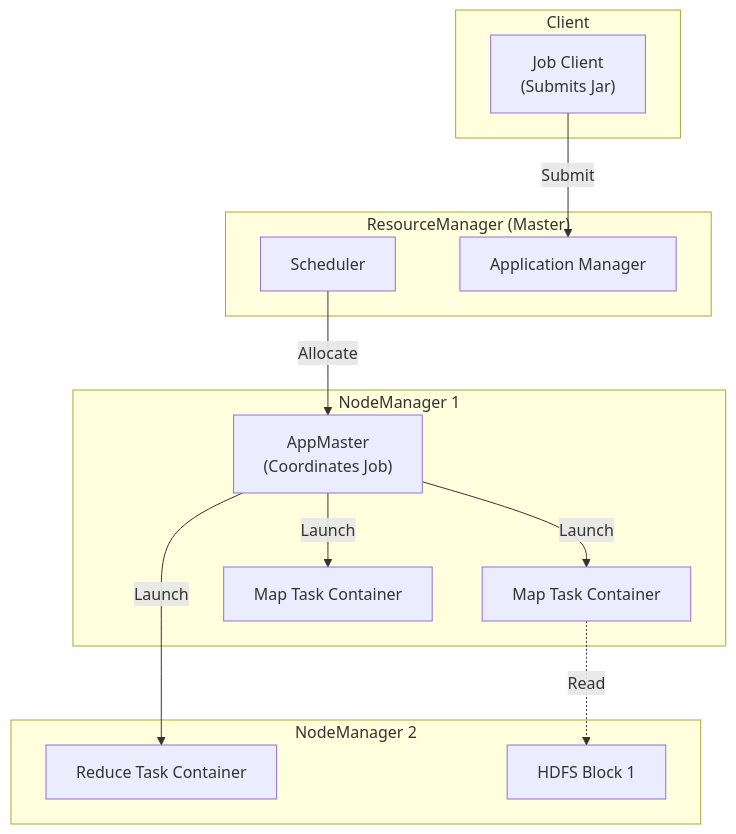
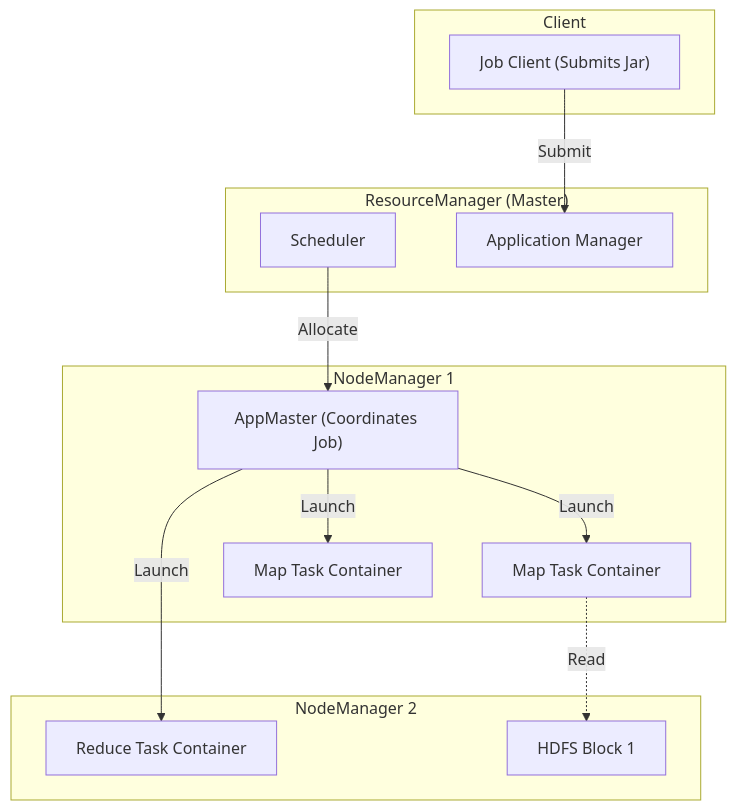
One commit to Anmol33/SystemDesign changed the first of 3 diagrams in Batch Processing/02_Hadoop_MapReduce.md. Above: the diagram before and after it, drawn with Mermaid. The commit also changed other lines of this file and 1 other file, not shown here.

````diff
--- a/Batch Processing/02_Hadoop_MapReduce.md
+++ b/Batch Processing/02_Hadoop_MapReduce.md
@@ -24,29 +29,29 @@
 ```mermaid
 graph TD
     subgraph Client
-        JobClient["Job Client<br/>(Submits Jar)"]
+        JobClient["Job Client (Submits Jar)"]
     end
 
     subgraph YARN_Master["ResourceManager (Master)"]
         Scheduler["Scheduler"]
         AppManager["Application Manager"]
     end
 
     subgraph Worker_Node_1["NodeManager 1"]
-        AM["AppMaster<br/>(Coordinates Job)"]
+        AM["AppMaster (Coordinates Job)"]
         Map1["Map Task Container"]
         Map2["Map Task Container"]
     end
 
     subgraph Worker_Node_2["NodeManager 2"]
         Reduce1["Reduce Task Container"]
         Data["HDFS Block 1"]
     end
 
     JobClient -->|Submit| AppManager
     Scheduler -->|Allocate| AM
     AM -->|Launch| Map1
     AM -->|Launch| Map2
     AM -->|Launch| Reduce1
     Map1 -.->|Read| Data
 ```
````
